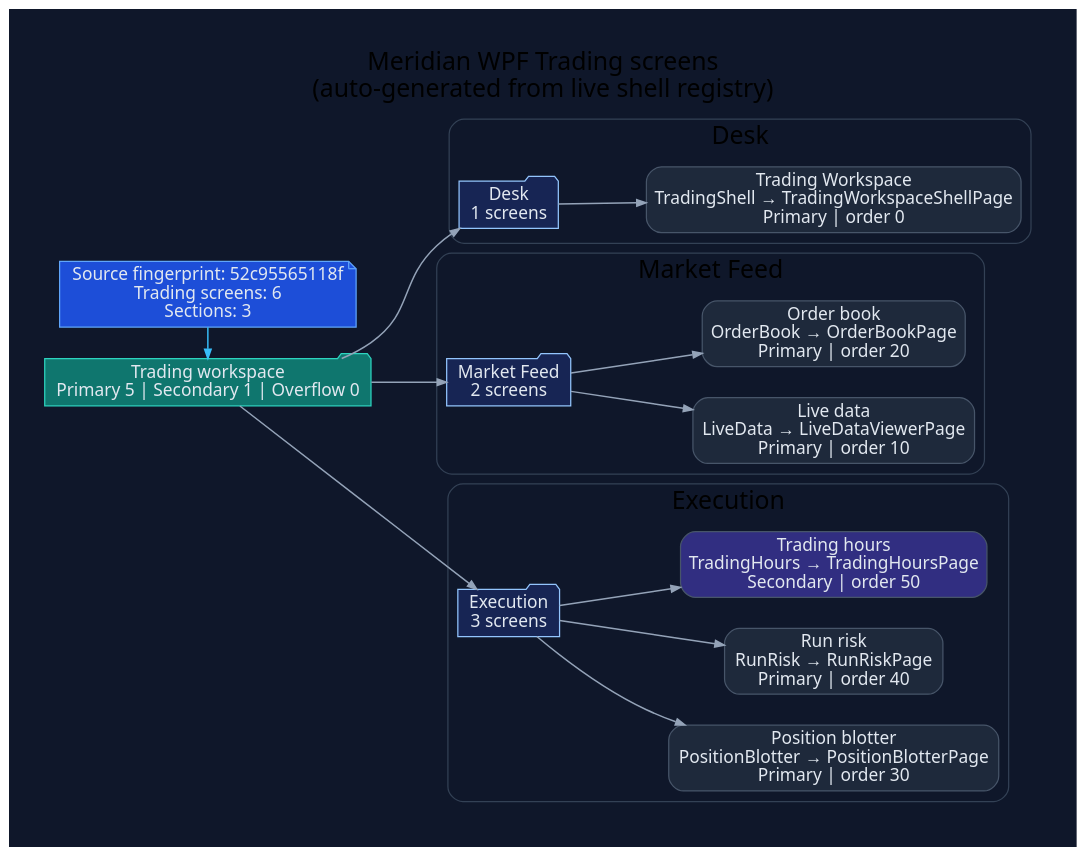
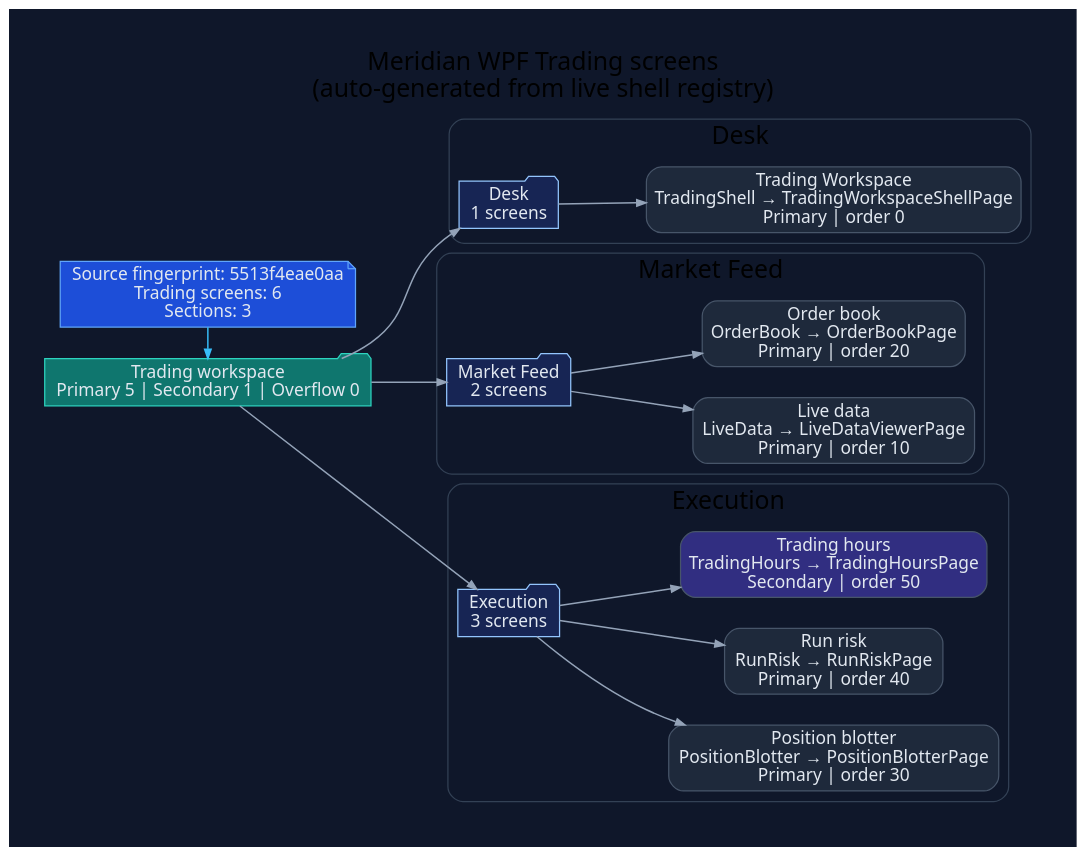
The diagram in docs/diagrams/ui-wpf-screens-trading.dot (rodoHasArrived/Meridian-main), drawn with Graphviz before and after one commit. The commit also changed 380 other files, not shown here.

```diff
--- a/docs/diagrams/ui-wpf-screens-trading.dot
+++ b/docs/diagrams/ui-wpf-screens-trading.dot
@@ -1,62 +1,62 @@
 // -----------------------------------------------------------------------------
 // <auto-generated>
 // Generated by scripts/generate-diagrams.mjs.
 // Do not edit this file directly; update the WPF source files instead.
 // -----------------------------------------------------------------------------
 digraph WpfTradingScreens {
   graph [
     rankdir=LR,
     labelloc=t,
     label="Meridian WPF Trading screens\n(auto-generated from live shell registry)",
     fontname="Segoe UI",
     fontsize=20,
     pad=0.4,
     nodesep=0.35,
     ranksep=0.85,
     bgcolor="#0f172a"
   ];
   node [fontname="Segoe UI", shape=box, style="rounded,filled", color="#475569", fontcolor="#e2e8f0", fillcolor="#1e293b"];
   edge [fontname="Segoe UI", color="#94a3b8", penwidth=1.2, arrowsize=0.75];
 
-  generated [shape=note, fillcolor="#1d4ed8", color="#60a5fa", label="Source fingerprint: 52c95565118f\nTrading screens: 6\nSections: 3"];
+  generated [shape=note, fillcolor="#1d4ed8", color="#60a5fa", label="Source fingerprint: 5513f4eae0aa\nTrading screens: 6\nSections: 3"];
   workspace [shape=folder, fillcolor="#0f766e", color="#2dd4bf", label="Trading workspace\nPrimary 5 | Secondary 1 | Overflow 0"];
   generated -> workspace [color="#38bdf8"];
 
   subgraph cluster_section_1 {
     label="Desk";
     color="#334155";
     style="rounded";
     section_1 [shape=folder, fillcolor="#172554", color="#93c5fd", label="Desk\n1 screens"];
     workspace -> section_1;
     screen_TradingShell [fillcolor="#1e293b", label="Trading Workspace\nTradingShell → TradingWorkspaceShellPage\nPrimary | order 0"];
     section_1 -> screen_TradingShell;
   }
 
   subgraph cluster_section_2 {
     label="Market Feed";
     color="#334155";
     style="rounded";
     section_2 [shape=folder, fillcolor="#172554", color="#93c5fd", label="Market Feed\n2 screens"];
     workspace -> section_2;
     screen_LiveData [fillcolor="#1e293b", label="Live data\nLiveData → LiveDataViewerPage\nPrimary | order 10"];
     section_2 -> screen_LiveData;
     screen_OrderBook [fillcolor="#1e293b", label="Order book\nOrderBook → OrderBookPage\nPrimary | order 20"];
     section_2 -> screen_OrderBook;
   }
 
   subgraph cluster_section_3 {
     label="Execution";
     color="#334155";
     style="rounded";
     section_3 [shape=folder, fillcolor="#172554", color="#93c5fd", label="Execution\n3 screens"];
     workspace -> section_3;
     screen_PositionBlotter [fillcolor="#1e293b", label="Position blotter\nPositionBlotter → PositionBlotterPage\nPrimary | order 30"];
     section_3 -> screen_PositionBlotter;
     screen_RunRisk [fillcolor="#1e293b", label="Run risk\nRunRisk → RunRiskPage\nPrimary | order 40"];
     section_3 -> screen_RunRisk;
     screen_TradingHours [fillcolor="#312e81", label="Trading hours\nTradingHours → TradingHoursPage\nSecondary | order 50"];
     section_3 -> screen_TradingHours;
   }
 
   { rank=min; generated; workspace; }
 }
```
